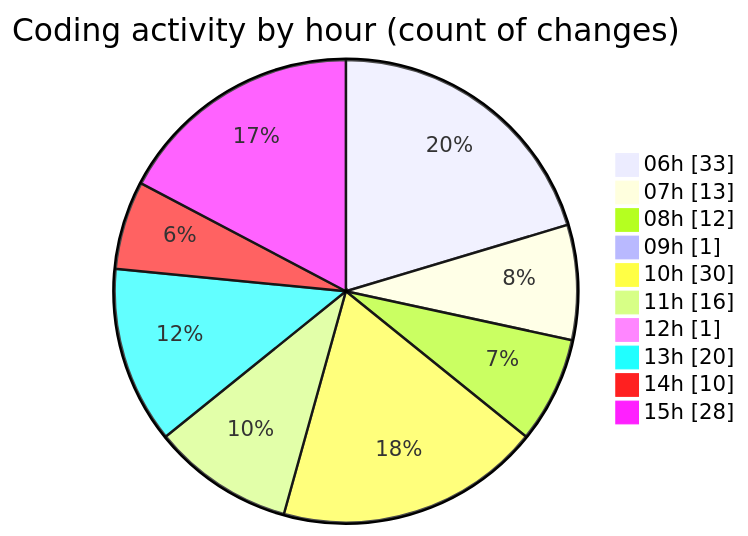
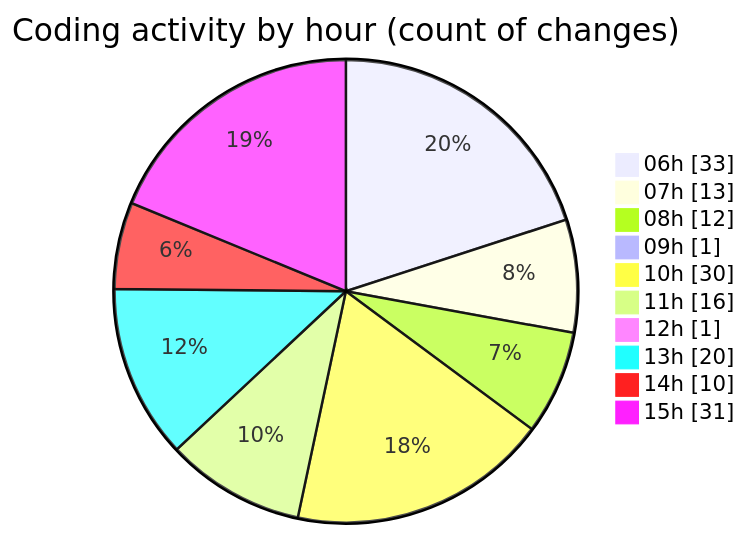
One commit to charlie-sans/code-tracking changed the second of 2 diagrams in 2025-02-21/micros/README.md. Above: the diagram before and after it, drawn with Mermaid. The commit also changed other lines of this file and 1 other file, not shown here.

````diff
--- a/2025-02-21/micros/README.md
+++ b/2025-02-21/micros/README.md
@@ -93,14 +93,14 @@
 ```mermaid
 pie showData
 title Coding activity by hour (count of changes)
 "06h" : 33
 "07h" : 13
 "08h" : 12
 "09h" : 1
 "10h" : 30
 "11h" : 16
 "12h" : 1
 "13h" : 20
 "14h" : 10
-"15h" : 28
+"15h" : 31
 ```
````
